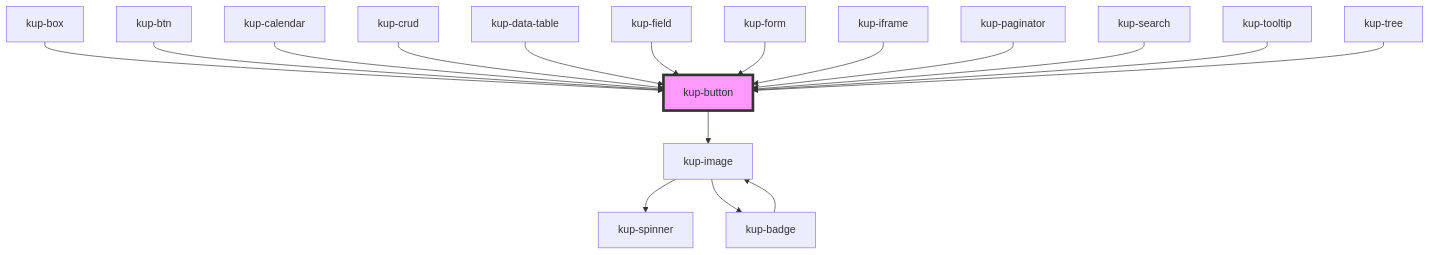
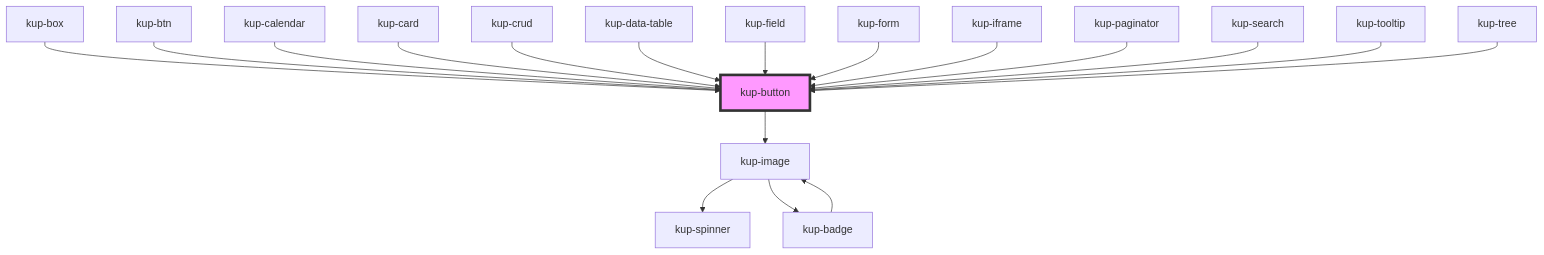
Before and after one commit to smeup/ketchup: the diagram in packages/ketchup/src/components/kup-button/readme.md, drawn with Mermaid. The commit also changed other lines of this file and 4 other files, not shown here.

````diff
--- a/packages/ketchup/src/components/kup-button/readme.md
+++ b/packages/ketchup/src/components/kup-button/readme.md
@@ -58,20 +59,21 @@
 ```mermaid
 graph TD;
   kup-button --> kup-image
   kup-image --> kup-spinner
   kup-image --> kup-badge
   kup-badge --> kup-image
   kup-box --> kup-button
   kup-btn --> kup-button
   kup-calendar --> kup-button
+  kup-card --> kup-button
   kup-crud --> kup-button
   kup-data-table --> kup-button
   kup-field --> kup-button
   kup-form --> kup-button
   kup-iframe --> kup-button
   kup-paginator --> kup-button
   kup-search --> kup-button
   kup-tooltip --> kup-button
   kup-tree --> kup-button
   style kup-button fill:#f9f,stroke:#333,stroke-width:4px
 ```
````
